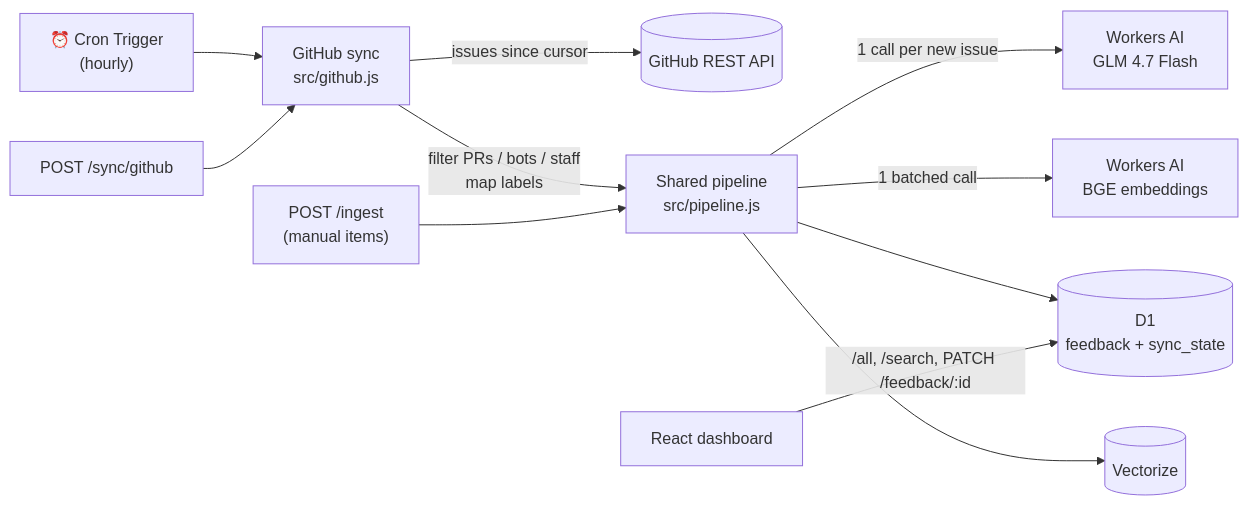
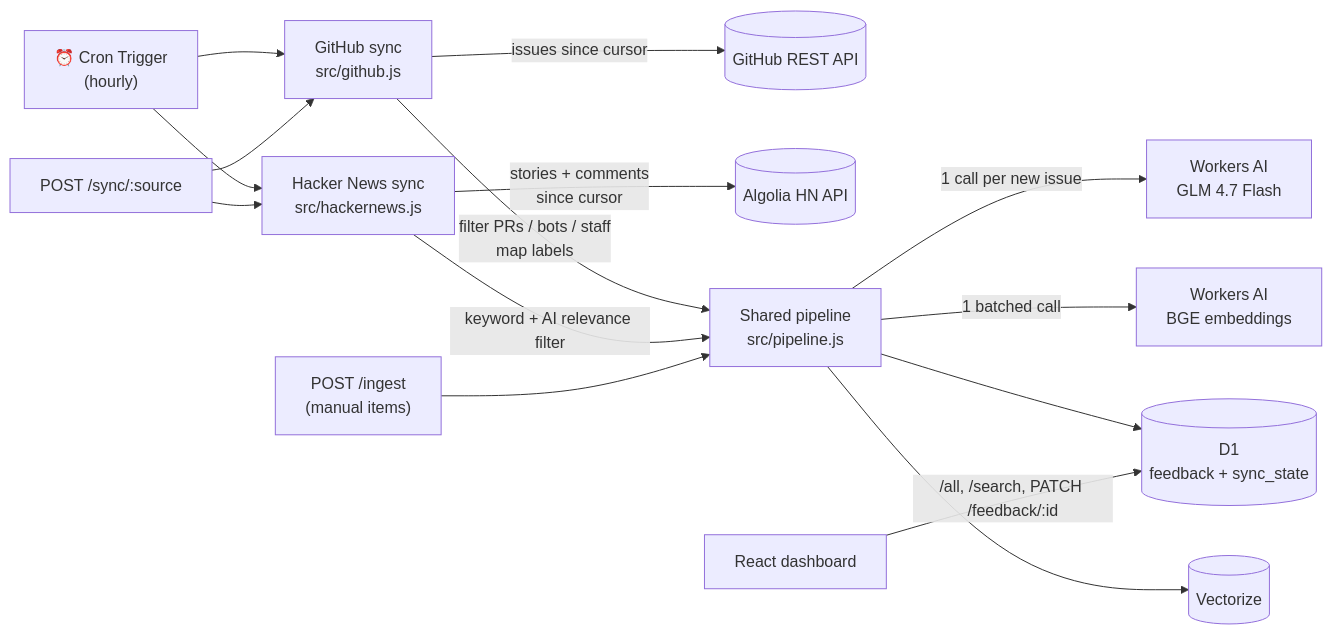
The diagram in README.md (apurva-mali/cloudflare-github-feedback-analysis), drawn with Mermaid before and after one commit. The commit also changed other lines of this file and 10 other files, not shown here.

First line of the commit message:
Add Hacker News as a second feedback source; fix sentiment buckets

````diff
--- a/README.md
+++ b/README.md
@@ -28,13 +48,17 @@
 ```mermaid
 graph LR
     Cron["⏰ Cron Trigger<br/>(hourly)"] --> Sync["GitHub sync<br/>src/github.js"]
-    Manual["POST /sync/github"] --> Sync
+    Cron --> HN["Hacker News sync<br/>src/hackernews.js"]
+    Manual["POST /sync/:source"] --> Sync
+    Manual --> HN
     Sync -->|"issues since cursor"| GH[("GitHub REST API")]
+    HN -->|"stories + comments<br/>since cursor"| ALG[("Algolia HN API")]
     Sync -->|"filter PRs / bots / staff<br/>map labels"| Pipe["Shared pipeline<br/>src/pipeline.js"]
+    HN -->|"keyword + AI relevance filter"| Pipe
     Ingest["POST /ingest<br/>(manual items)"] --> Pipe
     Pipe -->|"1 call per new issue"| LLM["Workers AI<br/>GLM 4.7 Flash"]
     Pipe -->|"1 batched call"| Emb["Workers AI<br/>BGE embeddings"]
     Pipe --> D1[("D1<br/>feedback + sync_state")]
     Pipe --> Vec[("Vectorize")]
     UI["React dashboard"] -->|"/all, /search, PATCH /feedback/:id"| D1
 ```
````
